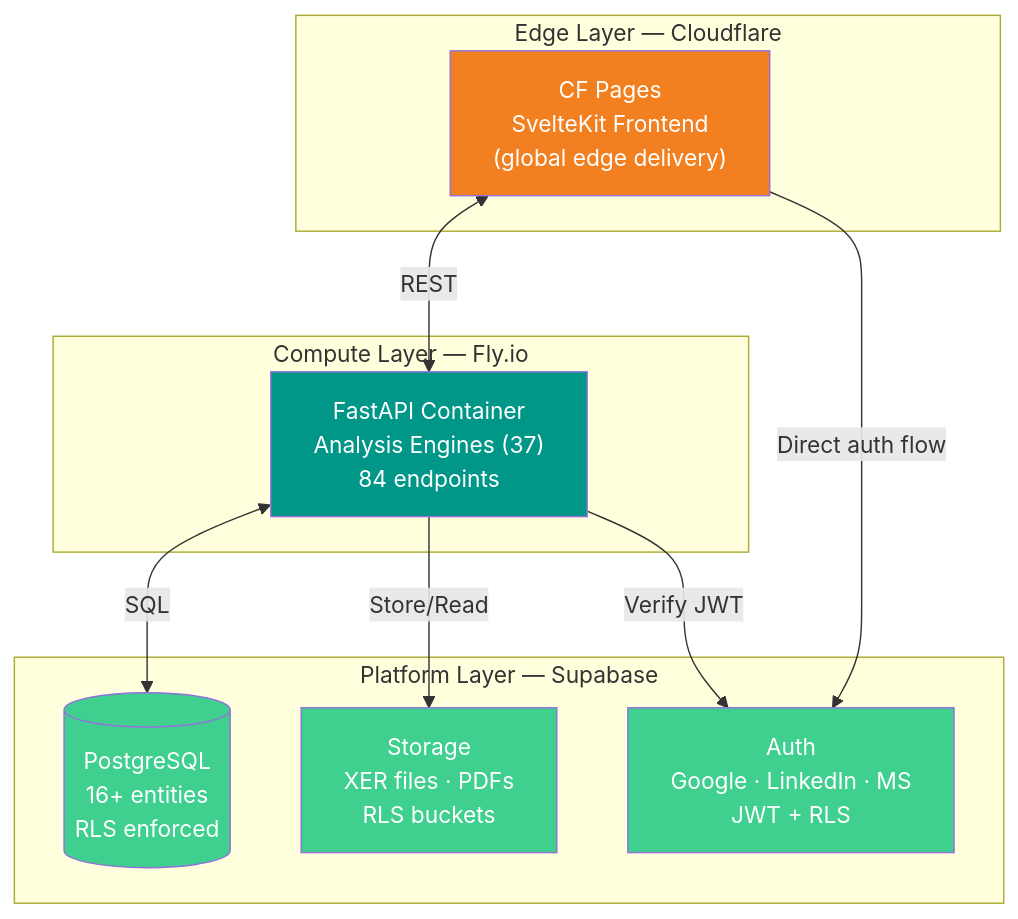
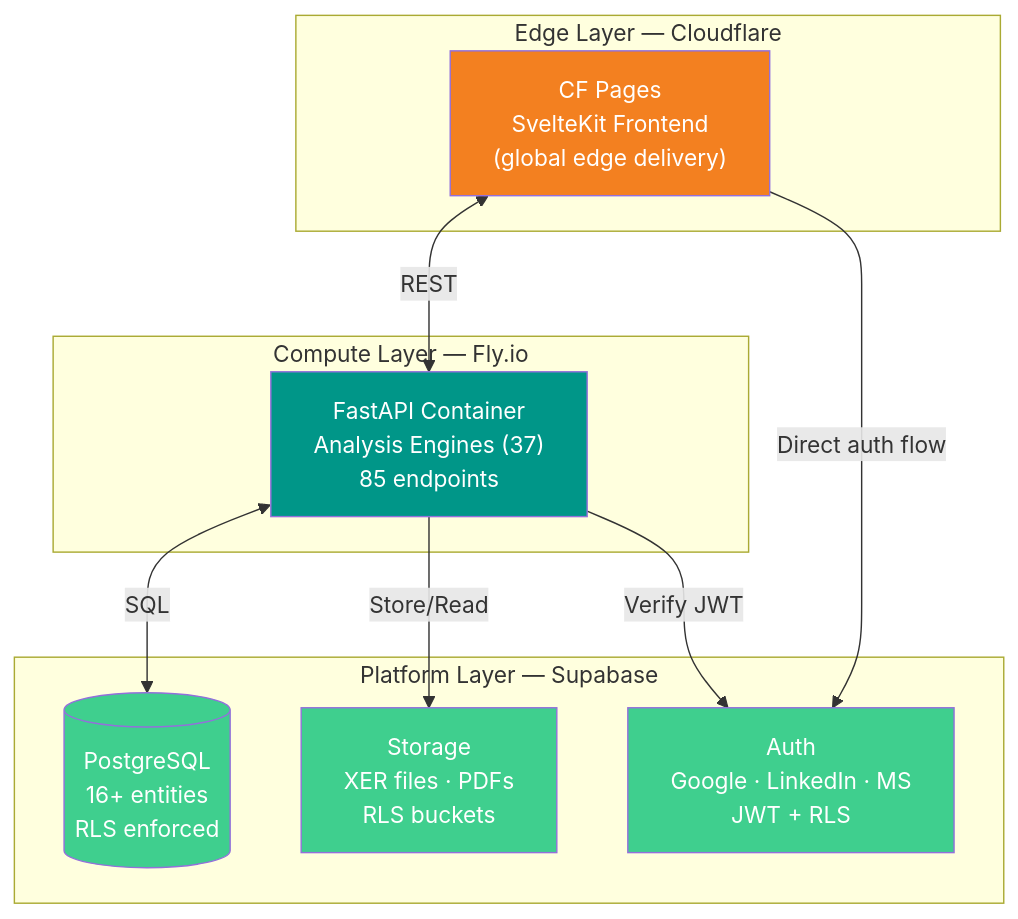
One commit to VitorMRodovalho/meridianiq changed the first of 2 diagrams in README.md. Above: the diagram before and after it, drawn with Mermaid. The commit also changed other lines of this file and 25 other files, not shown here.

First line of the commit message:
feat: Gantt stability refactor, schedule-view cache, EVM S-Curve chart

````diff
--- a/README.md
+++ b/README.md
@@ -112,28 +116,28 @@
 ```mermaid
 graph TB
     subgraph "Edge Layer — Cloudflare"
         CF_PAGES["CF Pages<br/>SvelteKit Frontend<br/>(global edge delivery)"]
     end
 
     subgraph "Compute Layer — Fly.io"
-        FASTAPI["FastAPI Container<br/>Analysis Engines (37)<br/>84 endpoints"]
+        FASTAPI["FastAPI Container<br/>Analysis Engines (37)<br/>85 endpoints"]
     end
 
     subgraph "Platform Layer — Supabase"
         AUTH["Auth<br/>Google · LinkedIn · MS<br/>JWT + RLS"]
         DB[("PostgreSQL<br/>16+ entities<br/>RLS enforced")]
         STORAGE["Storage<br/>XER files · PDFs<br/>RLS buckets"]
     end
 
     CF_PAGES <-->|"REST"| FASTAPI
     FASTAPI <-->|"SQL"| DB
     FASTAPI -->|"Store/Read"| STORAGE
     FASTAPI -->|"Verify JWT"| AUTH
     CF_PAGES -->|"Direct auth flow"| AUTH
 
     style CF_PAGES fill:#F38020,color:#fff
     style FASTAPI fill:#009688,color:#fff
     style DB fill:#3FCF8E,color:#fff
     style AUTH fill:#3FCF8E,color:#fff
     style STORAGE fill:#3FCF8E,color:#fff
 ```
````
